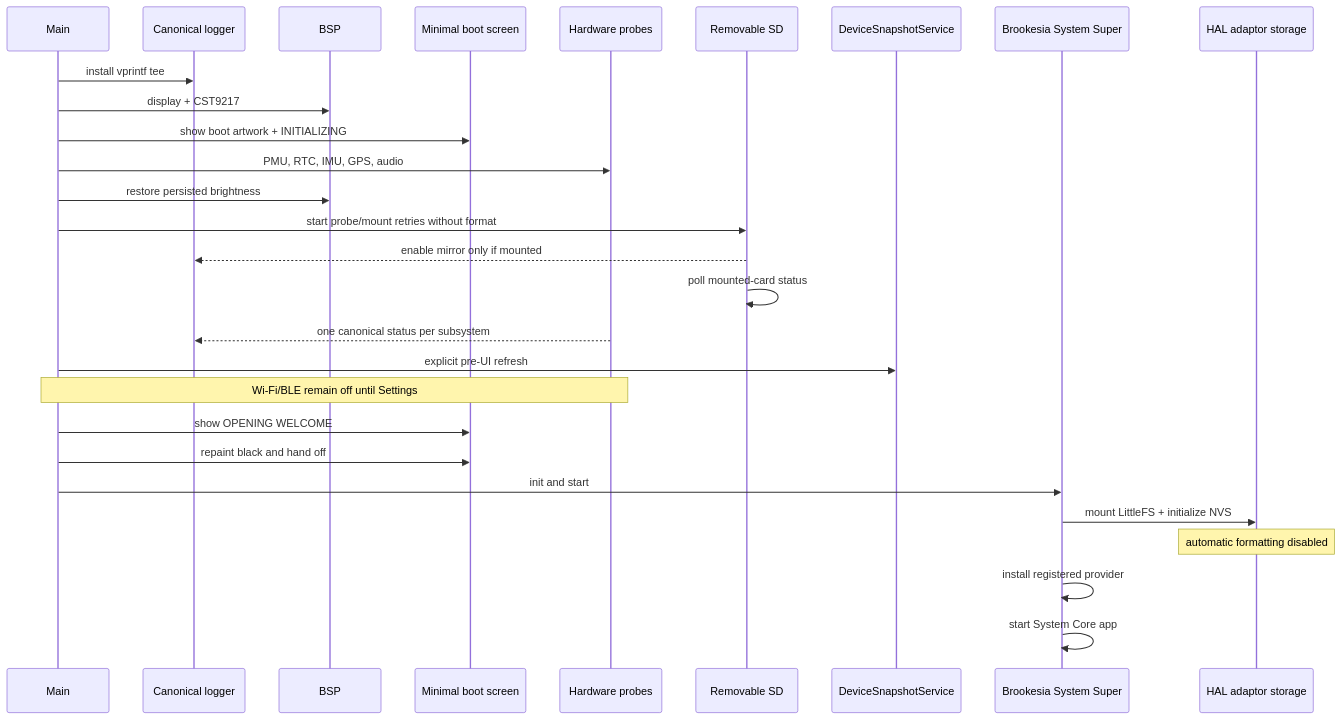
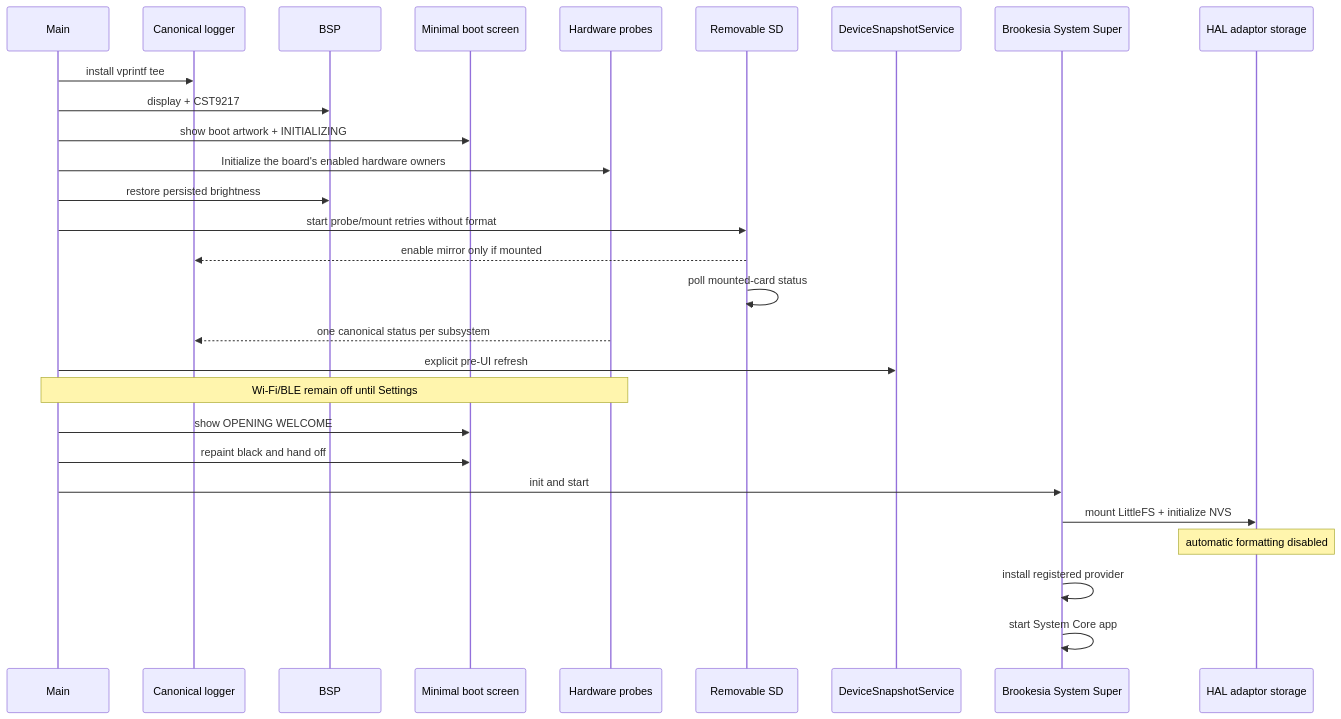
One commit to umbertotechnopreneur/esp32-luna-shell changed the diagram in docs/luna-shell/startup.md. Above: the diagram before and after it, drawn with Mermaid. The commit also changed other lines of this file and 30 other files, not shown here.

````diff
--- a/docs/luna-shell/startup.md
+++ b/docs/luna-shell/startup.md
@@ -14,31 +14,31 @@
 ```mermaid
 sequenceDiagram
     participant Main
     participant Log as Canonical logger
     participant BSP
     participant UI as Minimal boot screen
     participant HW as Hardware probes
     participant SD as Removable SD
     participant Snap as DeviceSnapshotService
     participant Super as Brookesia System Super
     participant HAL as HAL adaptor storage
 
     Main->>Log: install vprintf tee
     Main->>BSP: display + CST9217
     Main->>UI: show boot artwork + INITIALIZING
-    Main->>HW: PMU, RTC, IMU, GPS, audio
+    Main->>HW: Initialize the board's enabled hardware owners
     Main->>BSP: restore persisted brightness
     Main->>SD: start probe/mount retries without format
     SD-->>Log: enable mirror only if mounted
     SD->>SD: poll mounted-card status
     HW-->>Log: one canonical status per subsystem
     Main->>Snap: explicit pre-UI refresh
     Note over Main,HW: Wi-Fi/BLE remain off until Settings
     Main->>UI: show OPENING WELCOME
     Main->>UI: repaint black and hand off
     Main->>Super: init and start
     Super->>HAL: mount LittleFS + initialize NVS
     Note over HAL: automatic formatting disabled
     Super->>Super: install registered provider
     Super->>Super: start System Core app
 ```
````
